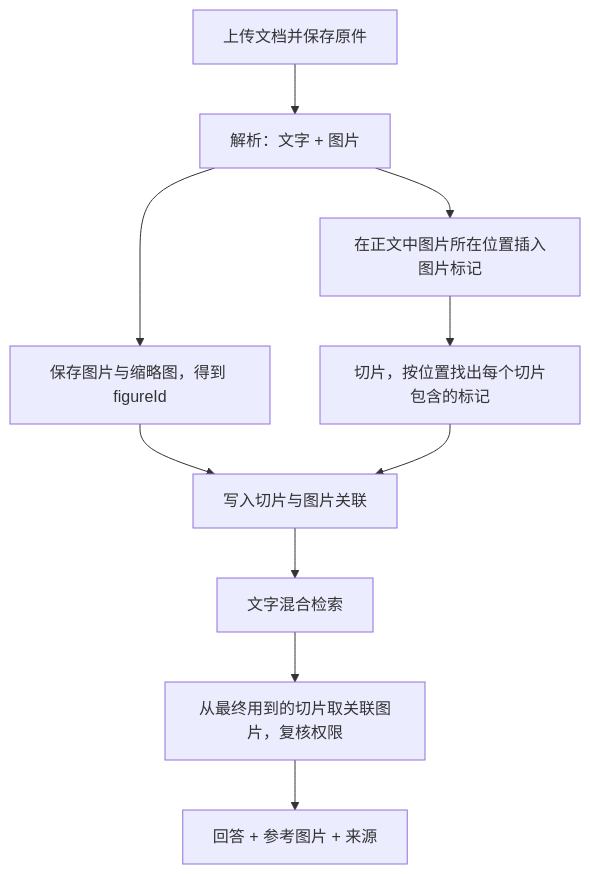
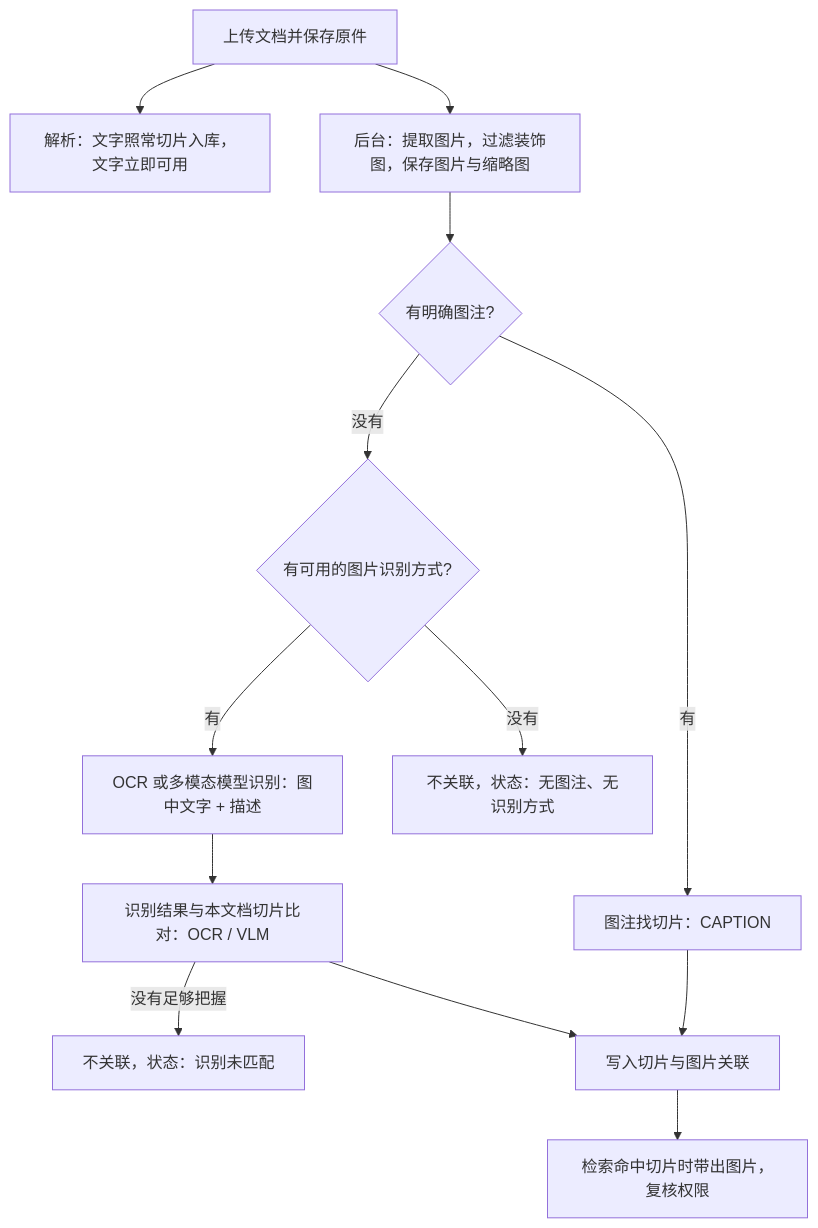
The diagram in docs/文档图文知识库与回答配图实施计划.md (guasszjg/spring-ai-agent-platform), drawn with Mermaid before and after one commit. The commit also changed other lines of this file and 1 other file, not shown here.

First line of the commit message:
docs(rag): 图文配图改为按图注或图片识别结果关联

````diff
--- a/docs/文档图文知识库与回答配图实施计划.md
+++ b/docs/文档图文知识库与回答配图实施计划.md
@@ -102,12 +123,15 @@
 ```mermaid
 flowchart TD
-    A[上传文档并保存原件] --> B[解析：文字 + 图片]
-    B --> C[保存图片与缩略图，得到 figureId]
-    B --> D[在正文中图片所在位置插入图片标记]
-    D --> E[切片，按位置找出每个切片包含的标记]
-    C --> F[写入切片与图片关联]
-    E --> F
-    F --> G[文字混合检索]
-    G --> H[从最终用到的切片取关联图片，复核权限]
-    H --> I[回答 + 参考图片 + 来源]
+    A[上传文档并保存原件] --> B[解析：文字照常切片入库，文字立即可用]
+    A --> C[后台：提取图片，过滤装饰图，保存图片与缩略图]
+    C --> D{有明确图注?}
+    D -- 有 --> E[图注找切片：CAPTION]
+    D -- 没有 --> F{有可用的图片识别方式?}
+    F -- 有 --> G[OCR 或多模态模型识别：图中文字 + 描述]
+    G --> H[识别结果与本文档切片比对：OCR / VLM]
+    F -- 没有 --> I[不关联，状态：无图注、无识别方式]
+    H -- 没有足够把握 --> J[不关联，状态：识别未匹配]
+    E --> K[写入切片与图片关联]
+    H --> K
+    K --> L[检索命中切片时带出图片，复核权限]
 ```
````
